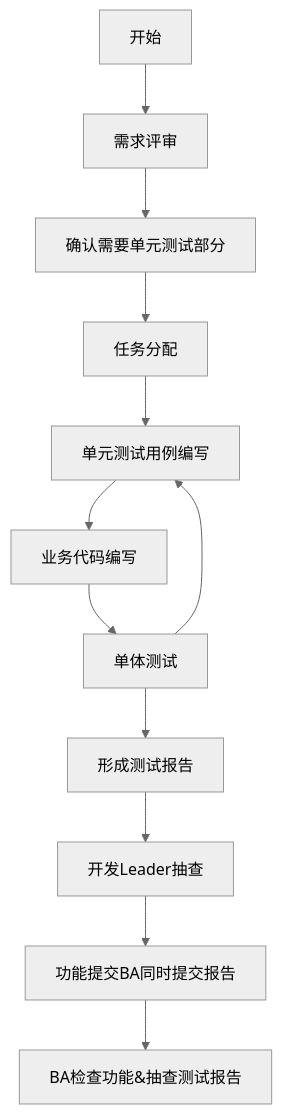
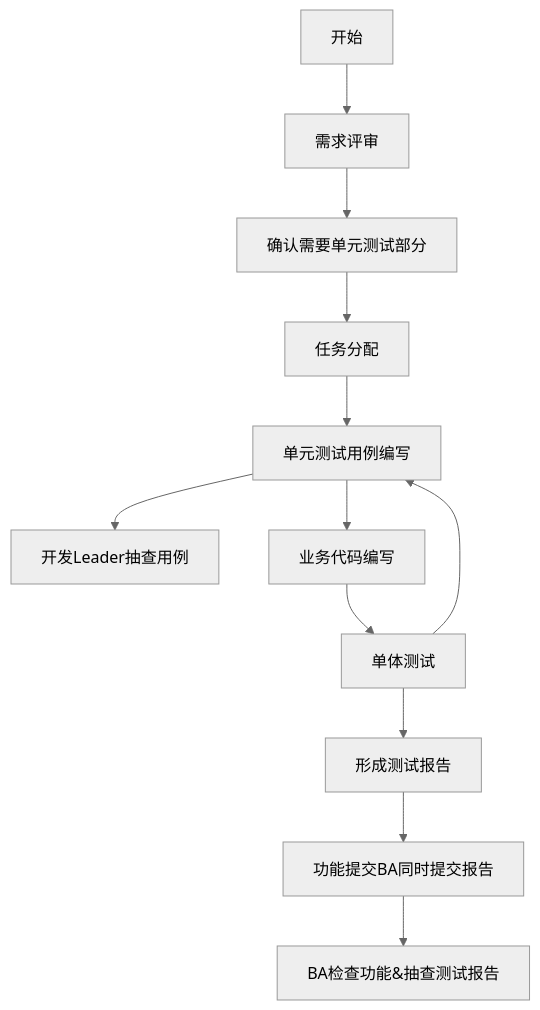
The diagram in src/site/notes/卡片盒/单元测试流程.md (yingjialong/ObPublish), drawn with Mermaid (neutral theme) before and after one commit.

Commit message:
Update note 卡片盒/单元测试流程.md

````diff
--- a/src/site/notes/卡片盒/单元测试流程.md
+++ b/src/site/notes/卡片盒/单元测试流程.md
@@ -6,14 +6,14 @@
 ```mermaid
 flowchart TD
 A[开始]-->B[需求评审]
 B-->C[确认需要单元测试部分]
 C-->D[任务分配]
 D-->E[单元测试用例编写]
+E-->H[开发Leader抽查用例]
 E-->F[业务代码编写]
 F-->TEST[单体测试]
 TEST-->E
 TEST-->G[形成测试报告]
-G-->H[开发Leader抽查]
-H-->REPORTTOBA[功能提交BA同时提交报告]
+G-->REPORTTOBA[功能提交BA同时提交报告]
 REPORTTOBA-->I[BA检查功能&抽查测试报告]
 ```
````
